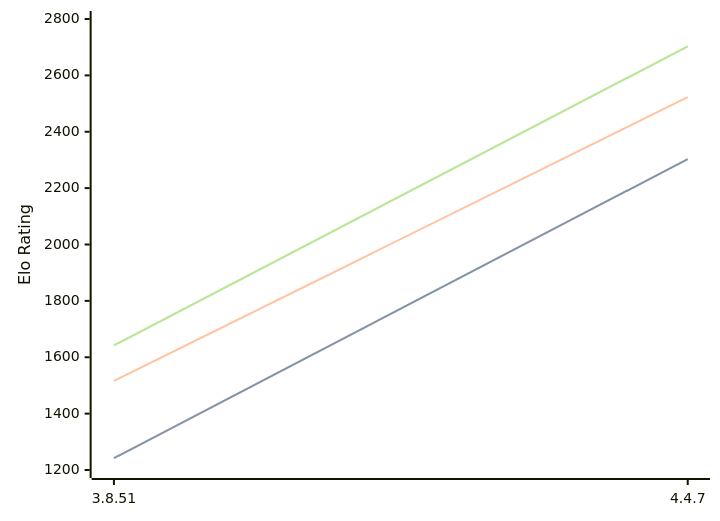
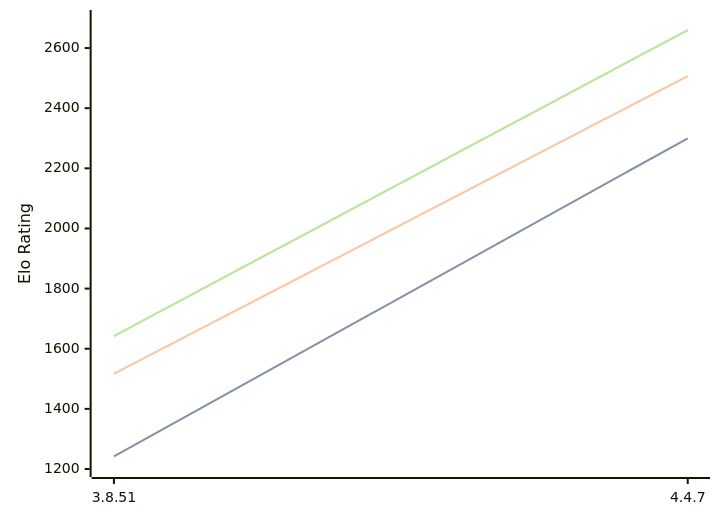
One commit to computer-chess-index/cci changed the diagram in engines/Scoria.md. Above: the diagram before and after it, drawn with Mermaid. The commit also changed other lines of this file, not shown here.

Commit message:
Update CCI Ratings (ELO VLTC) - 2026-08-15

````diff
--- a/engines/Scoria.md
+++ b/engines/Scoria.md
@@ -32,11 +32,11 @@
 ```mermaid
 %%{init: {"theme":"base","themeVariables":{"seriesColors:['#a3a3a3','#222221','#faa371']}}}%%
 xychart-beta
   x-axis ["3.8.51", "4.4.7"]
-  y-axis "Elo Rating" 1200 --> 2800
-  line "STC (8.0+0.08s)" [1242, 2303]
-  line "STC (8.0+0.08s)" [1242, 2303]
-  line "LTC (60.0+0.60s)" [1516, 2523]
-  line "VLTC (2m24s+1.12s)" [1642, 2703]
-  line "VLTC (2m24s+1.12s)" [1642, 2703]
+  y-axis "Elo Rating" 1200 --> 2700
+  line "STC (8.0+0.08s)" [1242, 2300]
+  line "STC (8.0+0.08s)" [1242, 2300]
+  line "LTC (60.0+0.60s)" [1517, 2507]
+  line "VLTC (2m24s+1.12s)" [1642, 2660]
+  line "VLTC (2m24s+1.12s)" [1642, 2660]
 ```
````
